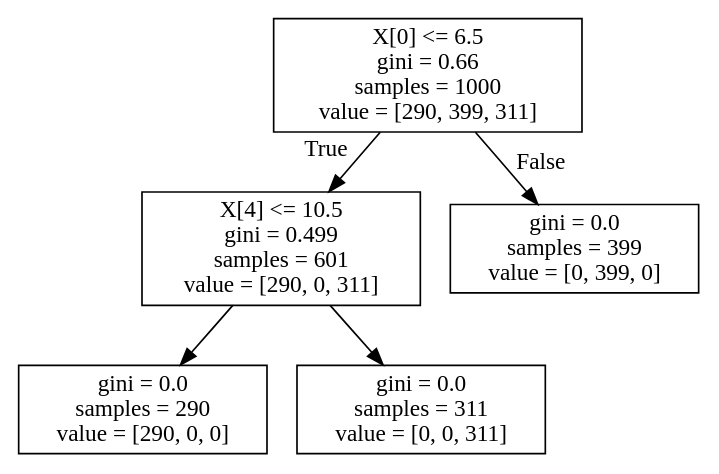
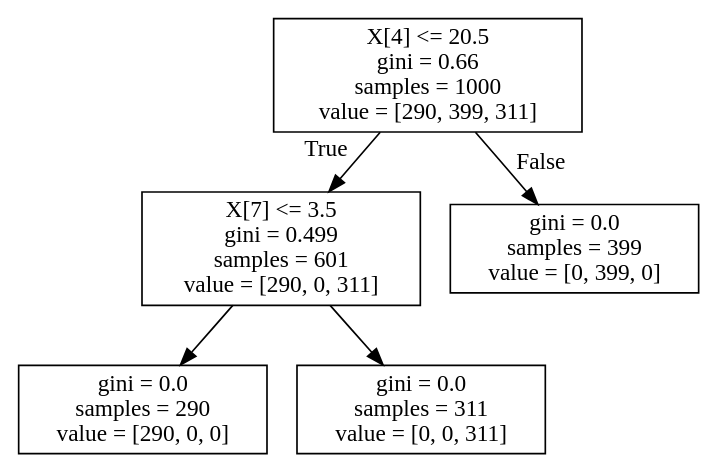
The diagram in IC-CC/Source.gv (JosefButzke/DataMining), drawn with Graphviz before and after one commit. The commit also changed 7 other files, not shown here.

```diff
--- a/IC-CC/Source.gv
+++ b/IC-CC/Source.gv
@@ -1,12 +1,12 @@
 digraph Tree {
 node [shape=box] ;
-0 [label="X[0] <= 6.5\ngini = 0.66\nsamples = 1000\nvalue = [290, 399, 311]"] ;
-1 [label="X[4] <= 10.5\ngini = 0.499\nsamples = 601\nvalue = [290, 0, 311]"] ;
+0 [label="X[4] <= 20.5\ngini = 0.66\nsamples = 1000\nvalue = [290, 399, 311]"] ;
+1 [label="X[7] <= 3.5\ngini = 0.499\nsamples = 601\nvalue = [290, 0, 311]"] ;
 0 -> 1 [labeldistance=2.5, labelangle=45, headlabel="True"] ;
 2 [label="gini = 0.0\nsamples = 290\nvalue = [290, 0, 0]"] ;
 1 -> 2 ;
 3 [label="gini = 0.0\nsamples = 311\nvalue = [0, 0, 311]"] ;
 1 -> 3 ;
 4 [label="gini = 0.0\nsamples = 399\nvalue = [0, 399, 0]"] ;
 0 -> 4 [labeldistance=2.5, labelangle=-45, headlabel="False"] ;
 }
```
